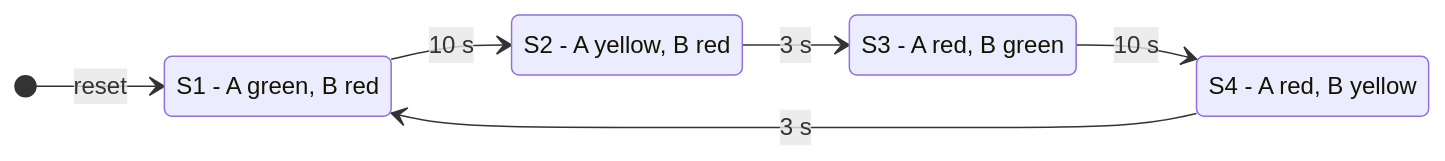
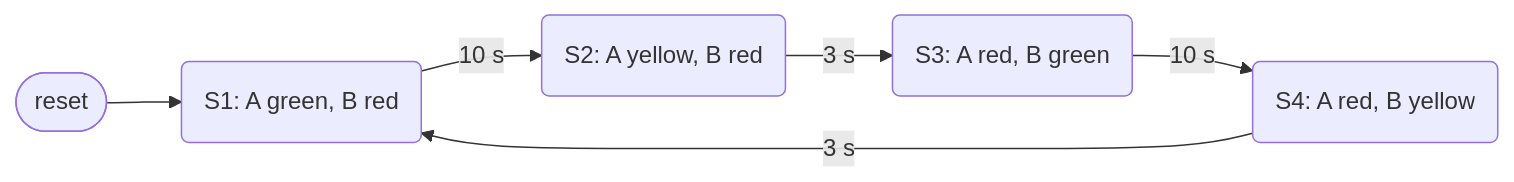
The diagram in README.md (Finrinmip/Traffic-light-controller-OHN-), drawn with Mermaid before and after one commit.

Commit message:
Fix state diagram not rendering

````diff
--- a/README.md
+++ b/README.md
@@ -68,13 +68,8 @@
 ```mermaid
-stateDiagram-v2
-    direction LR
-    [*] --> S1 : reset
-    S1 --> S2 : 10 s
-    S2 --> S3 : 3 s
-    S3 --> S4 : 10 s
-    S4 --> S1 : 3 s
-    S1 : S1 - A green, B red
-    S2 : S2 - A yellow, B red
-    S3 : S3 - A red, B green
-    S4 : S4 - A red, B yellow
+flowchart LR
+    RST([reset]) --> S1
+    S1("S1: A green, B red") -->|10 s| S2("S2: A yellow, B red")
+    S2 -->|3 s| S3("S3: A red, B green")
+    S3 -->|10 s| S4("S4: A red, B yellow")
+    S4 -->|3 s| S1
 ```
````
